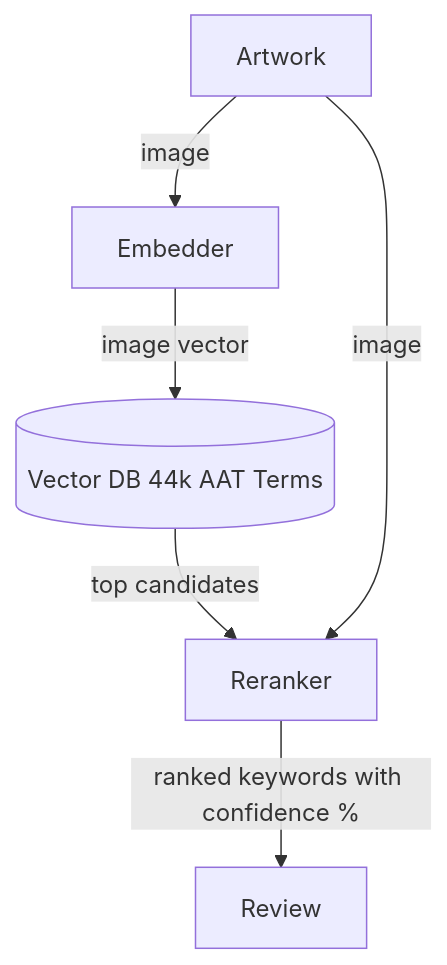
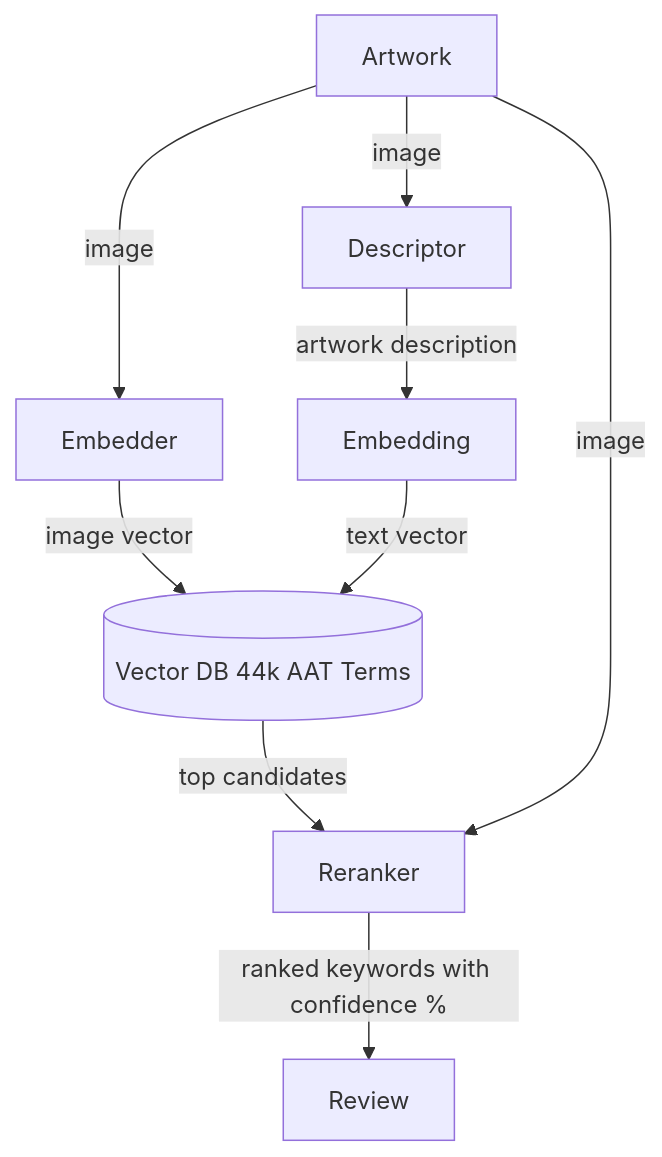
Before and after one commit to cs2535-oakhoury-2026spring/Mills-Museum: the second of 2 diagrams in README.md, drawn with Mermaid. The commit also changed other lines of this file, not shown here.

````diff
--- a/README.md
+++ b/README.md
@@ -100,8 +103,11 @@
 ```mermaid
 flowchart TD
     A[Artwork] -->|image| B[Embedder]
+    A -->|image| H[Descriptor]
+    H -->|artwork description| I[Embedding]
     B -->|image vector| C[(Vector DB 44k AAT Terms)]
+    I -->|text vector| C
     C -->|top candidates| D[Reranker]
     A -->|image| D
     D -->|ranked keywords with confidence %| E[Review]
 ```
````
